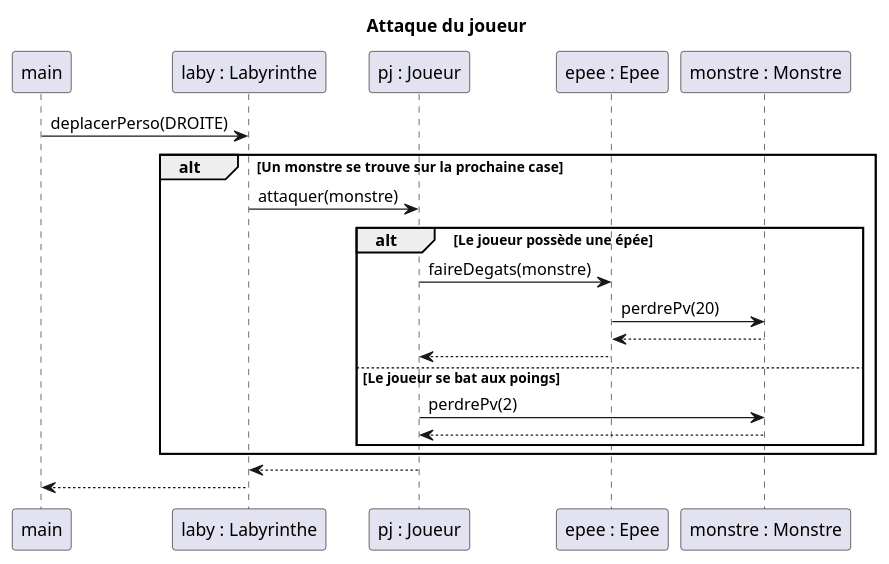
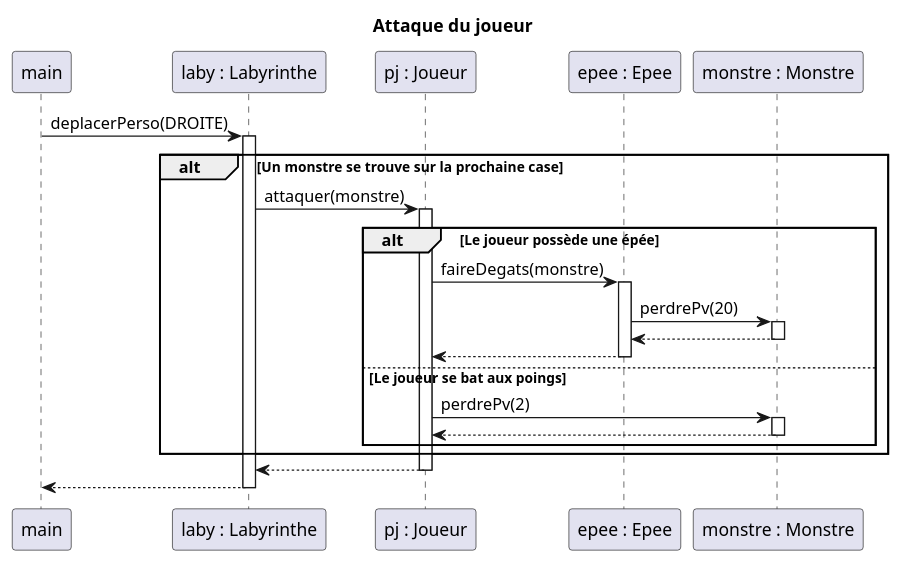
One commit to TanguyFox/2022_Zeldiablo_renard136u_seiler33u_serrier26u_arcelin1u changed the diagram in documents/version_4/DiagSequenceAttaqueJoueur.puml. Above: the diagram before and after it, drawn with PlantUML. The commit also changed 1 other file, not shown here.

```diff
--- a/documents/version_4/DiagSequenceAttaqueJoueur.puml
+++ b/documents/version_4/DiagSequenceAttaqueJoueur.puml
@@ -1,37 +1,42 @@
 @startuml
 'https://plantuml.com/sequence-diagram
 
 title Attaque du joueur
 
 participant "main" as MAIN
 participant "laby : Labyrinthe" as L
 participant "pj : Joueur" as J
 
 participant "epee : Epee" as E
 participant "monstre : Monstre" as M
 
 
 MAIN -> L : deplacerPerso(DROITE)
+activate L
 alt Un monstre se trouve sur la prochaine case
     L -> J : attaquer(monstre)
+    activate J
     alt Le joueur possède une épée
          J -> E : faireDegats(monstre)
+         activate E
          E -> M : perdrePv(20)
+         activate M
          M --> E
+         deactivate M
          E --> J
+         deactivate E
     else Le joueur se bat aux poings
         J-> M : perdrePv(2)
+        activate M
         M --> J
+        deactivate M
     end
 end
 
 J-->L
+deactivate J
 
 L --> MAIN
-
-
-
-
-
+deactivate L
 
 @enduml
```
